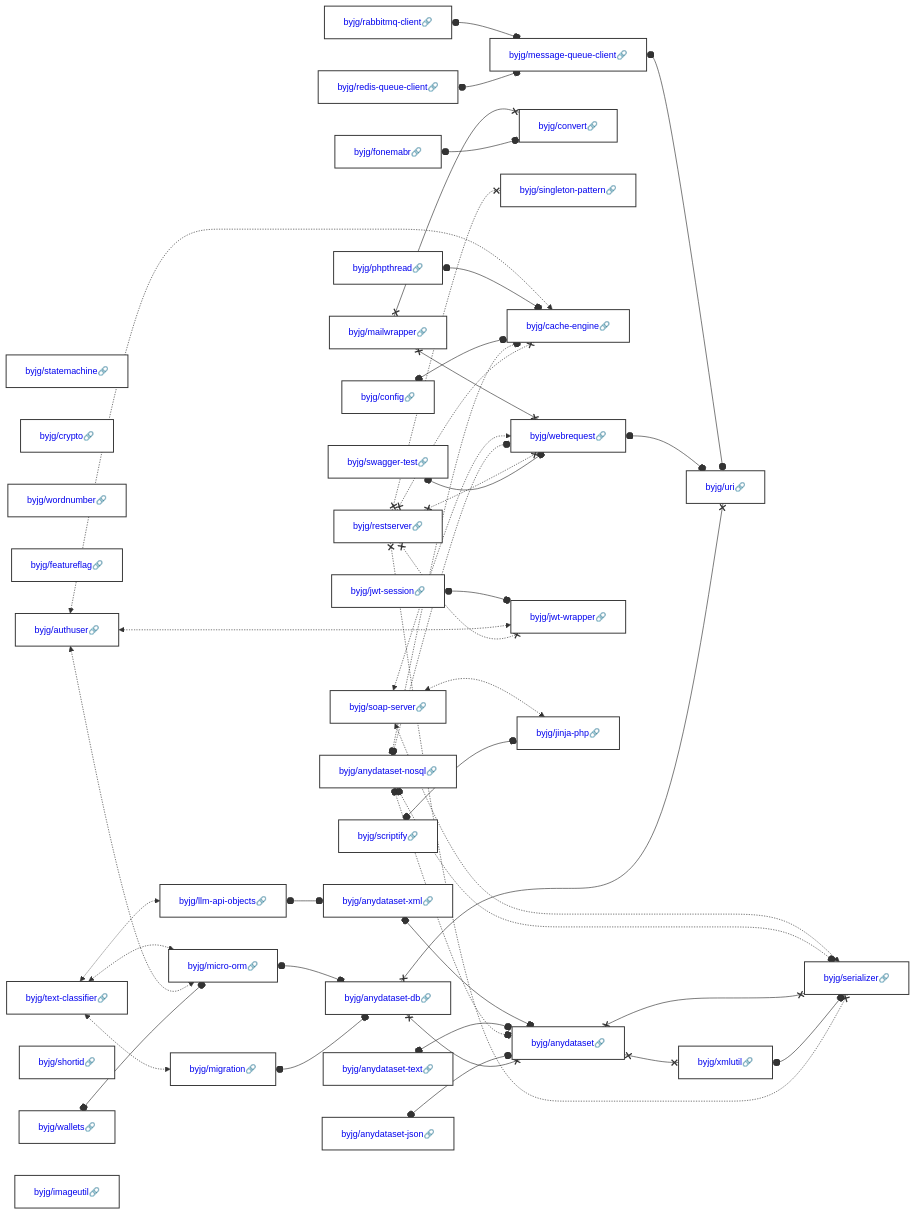
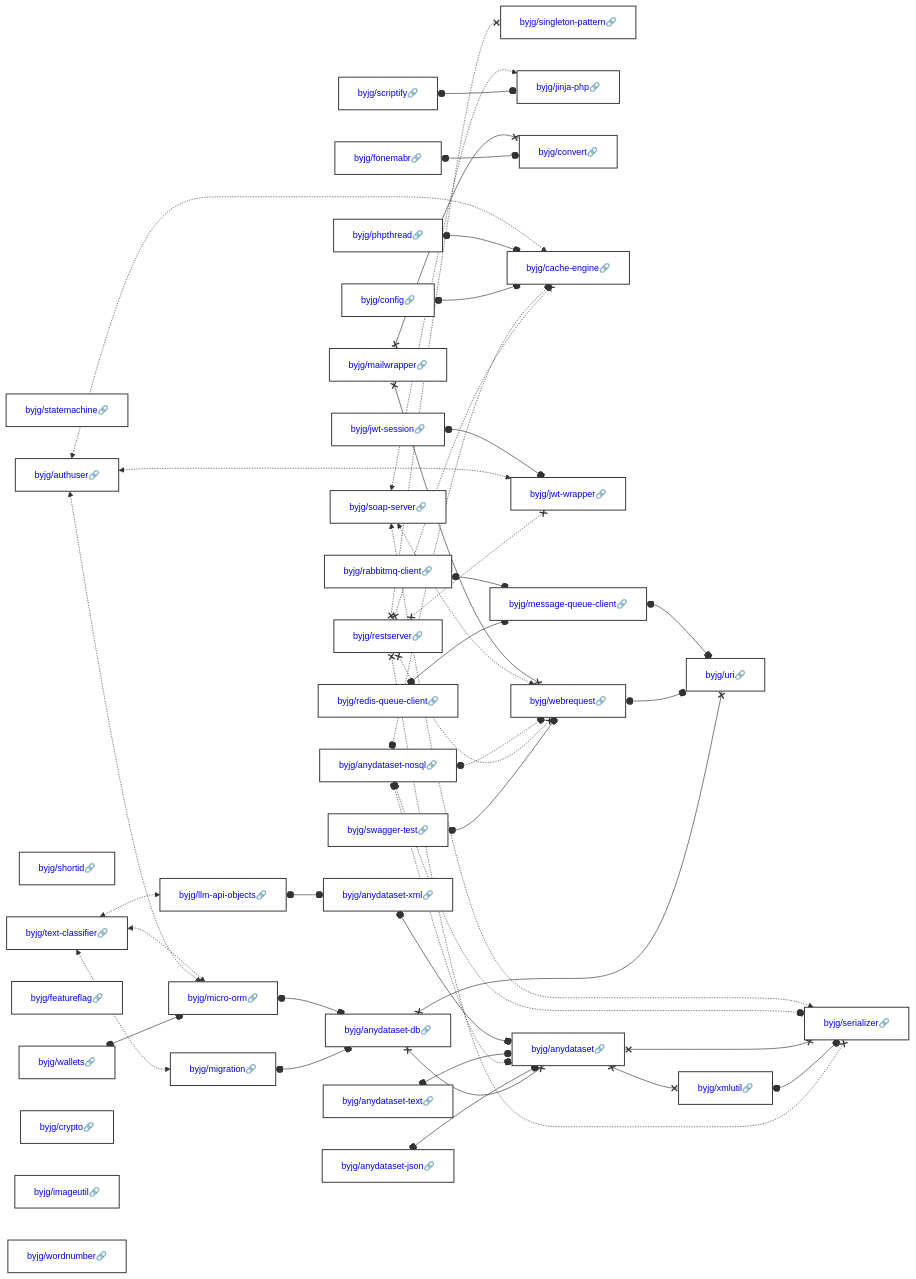
One commit to byjg/byjg.github.io changed the diagram in docs/php/README.md. Above: the diagram before and after it, drawn with Mermaid. The commit also changed other lines of this file, not shown here.

Commit message:
Update documentation 'php' 'php-gluo'

````diff
--- a/docs/php/README.md
+++ b/docs/php/README.md
@@ -3,38 +3,38 @@
 ```mermaid
 graph LR;
+  byjg/statemachine[<a href='https://opensource.byjg.com/docs/php/statemachine' style='text-decoration:none'>byjg/statemachine🔗</a>];
+  byjg/phpthread[<a href='https://opensource.byjg.com/docs/php/phpthread' style='text-decoration:none'>byjg/phpthread🔗</a>];
+  byjg/restserver[<a href='https://opensource.byjg.com/docs/php/restserver' style='text-decoration:none'>byjg/restserver🔗</a>];
+  byjg/soap-server[<a href='https://opensource.byjg.com/docs/php/soap-server' style='text-decoration:none'>byjg/soap-server🔗</a>];
+  byjg/wallets[<a href='https://opensource.byjg.com/docs/php/wallets' style='text-decoration:none'>byjg/wallets🔗</a>];
+  byjg/scriptify[<a href='https://opensource.byjg.com/docs/php/scriptify' style='text-decoration:none'>byjg/scriptify🔗</a>];
+  byjg/anydataset-nosql[<a href='https://opensource.byjg.com/docs/php/anydataset-nosql' style='text-decoration:none'>byjg/anydataset-nosql🔗</a>];
   byjg/jwt-session[<a href='https://opensource.byjg.com/docs/php/jwt-session' style='text-decoration:none'>byjg/jwt-session🔗</a>];
+  byjg/shortid[<a href='https://opensource.byjg.com/docs/php/shortid' style='text-decoration:none'>byjg/shortid🔗</a>];
+  byjg/text-classifier[<a href='https://opensource.byjg.com/docs/php/text-classifier' style='text-decoration:none'>byjg/text-classifier🔗</a>];
+  byjg/featureflag[<a href='https://opensource.byjg.com/docs/php/featureflag' style='text-decoration:none'>byjg/featureflag🔗</a>];
   byjg/anydataset-json[<a href='https://opensource.byjg.com/docs/php/anydataset-json' style='text-decoration:none'>byjg/anydataset-json🔗</a>];
+  byjg/fonemabr[<a href='https://opensource.byjg.com/docs/php/fonemabr' style='text-decoration:none'>byjg/fonemabr🔗</a>];
+  byjg/mailwrapper[<a href='https://opensource.byjg.com/docs/php/mailwrapper' style='text-decoration:none'>byjg/mailwrapper🔗</a>];
+  byjg/config[<a href='https://opensource.byjg.com/docs/php/config' style='text-decoration:none'>byjg/config🔗</a>];
+  byjg/anydataset-text[<a href='https://opensource.byjg.com/docs/php/anydataset-text' style='text-decoration:none'>byjg/anydataset-text🔗</a>];
+  byjg/authuser[<a href='https://opensource.byjg.com/docs/php/authuser' style='text-decoration:none'>byjg/authuser🔗</a>];
+  byjg/crypto[<a href='https://opensource.byjg.com/docs/php/crypto' style='text-decoration:none'>byjg/crypto🔗</a>];
+  byjg/swagger-test[<a href='https://opensource.byjg.com/docs/php/swagger-test' style='text-decoration:none'>byjg/swagger-test🔗</a>];
+  byjg/imageutil[<a href='https://opensource.byjg.com/docs/php/imageutil' style='text-decoration:none'>byjg/imageutil🔗</a>];
+  byjg/wordnumber[<a href='https://opensource.byjg.com/docs/php/wordnumber' style='text-decoration:none'>byjg/wordnumber🔗</a>];
+  byjg/redis-queue-client[<a href='https://opensource.byjg.com/docs/php/redis-queue-client' style='text-decoration:none'>byjg/redis-queue-client🔗</a>];
   byjg/rabbitmq-client[<a href='https://opensource.byjg.com/docs/php/rabbitmq-client' style='text-decoration:none'>byjg/rabbitmq-client🔗</a>];
-  byjg/statemachine[<a href='https://opensource.byjg.com/docs/php/statemachine' style='text-decoration:none'>byjg/statemachine🔗</a>];
-  byjg/redis-queue-client[<a href='https://opensource.byjg.com/docs/php/redis-queue-client' style='text-decoration:none'>byjg/redis-queue-client🔗</a>];
-  byjg/mailwrapper[<a href='https://opensource.byjg.com/docs/php/mailwrapper' style='text-decoration:none'>byjg/mailwrapper🔗</a>];
-  byjg/crypto[<a href='https://opensource.byjg.com/docs/php/crypto' style='text-decoration:none'>byjg/crypto🔗</a>];
-  byjg/soap-server[<a href='https://opensource.byjg.com/docs/php/soap-server' style='text-decoration:none'>byjg/soap-server🔗</a>];
-  byjg/config[<a href='https://opensource.byjg.com/docs/php/config' style='text-decoration:none'>byjg/config🔗</a>];
-  byjg/wordnumber[<a href='https://opensource.byjg.com/docs/php/wordnumber' style='text-decoration:none'>byjg/wordnumber🔗</a>];
-  byjg/featureflag[<a href='https://opensource.byjg.com/docs/php/featureflag' style='text-decoration:none'>byjg/featureflag🔗</a>];
-  byjg/anydataset-text[<a href='https://opensource.byjg.com/docs/php/anydataset-text' style='text-decoration:none'>byjg/anydataset-text🔗</a>];
-  byjg/text-classifier[<a href='https://opensource.byjg.com/docs/php/text-classifier' style='text-decoration:none'>byjg/text-classifier🔗</a>];
-  byjg/wallets[<a href='https://opensource.byjg.com/docs/php/wallets' style='text-decoration:none'>byjg/wallets🔗</a>];
-  byjg/swagger-test[<a href='https://opensource.byjg.com/docs/php/swagger-test' style='text-decoration:none'>byjg/swagger-test🔗</a>];
-  byjg/phpthread[<a href='https://opensource.byjg.com/docs/php/phpthread' style='text-decoration:none'>byjg/phpthread🔗</a>];
-  byjg/anydataset-nosql[<a href='https://opensource.byjg.com/docs/php/anydataset-nosql' style='text-decoration:none'>byjg/anydataset-nosql🔗</a>];
-  byjg/fonemabr[<a href='https://opensource.byjg.com/docs/php/fonemabr' style='text-decoration:none'>byjg/fonemabr🔗</a>];
-  byjg/shortid[<a href='https://opensource.byjg.com/docs/php/shortid' style='text-decoration:none'>byjg/shortid🔗</a>];
-  byjg/authuser[<a href='https://opensource.byjg.com/docs/php/authuser' style='text-decoration:none'>byjg/authuser🔗</a>];
-  byjg/imageutil[<a href='https://opensource.byjg.com/docs/php/imageutil' style='text-decoration:none'>byjg/imageutil🔗</a>];
-  byjg/restserver[<a href='https://opensource.byjg.com/docs/php/restserver' style='text-decoration:none'>byjg/restserver🔗</a>];
-  byjg/scriptify[<a href='https://opensource.byjg.com/docs/php/scriptify' style='text-decoration:none'>byjg/scriptify🔗</a>];
-  byjg/message-queue-client[<a href='https://opensource.byjg.com/docs/php/message-queue-client' style='text-decoration:none'>byjg/message-queue-client🔗</a>];
+  byjg/singleton-pattern[<a href='https://opensource.byjg.com/docs/php/singleton-pattern' style='text-decoration:none'>byjg/singleton-pattern🔗</a>];
+  byjg/jinja-php[<a href='https://opensource.byjg.com/docs/php/jinja-php' style='text-decoration:none'>byjg/jinja-php🔗</a>];
   byjg/migration[<a href='https://opensource.byjg.com/docs/php/migration' style='text-decoration:none'>byjg/migration🔗</a>];
   byjg/llm-api-objects[<a href='https://opensource.byjg.com/docs/php/llm-api-objects' style='text-decoration:none'>byjg/llm-api-objects🔗</a>];
   byjg/convert[<a href='https://opensource.byjg.com/docs/php/convert' style='text-decoration:none'>byjg/convert🔗</a>];
   byjg/micro-orm[<a href='https://opensource.byjg.com/docs/php/micro-orm' style='text-decoration:none'>byjg/micro-orm🔗</a>];
-  byjg/singleton-pattern[<a href='https://opensource.byjg.com/docs/php/singleton-pattern' style='text-decoration:none'>byjg/singleton-pattern🔗</a>];
   byjg/cache-engine[<a href='https://opensource.byjg.com/docs/php/cache-engine' style='text-decoration:none'>byjg/cache-engine🔗</a>];
+  byjg/jwt-wrapper[<a href='https://opensource.byjg.com/docs/php/jwt-wrapper' style='text-decoration:none'>byjg/jwt-wrapper🔗</a>];
   byjg/webrequest[<a href='https://opensource.byjg.com/docs/php/webrequest' style='text-decoration:none'>byjg/webrequest🔗</a>];
-  byjg/jwt-wrapper[<a href='https://opensource.byjg.com/docs/php/jwt-wrapper' style='text-decoration:none'>byjg/jwt-wrapper🔗</a>];
-  byjg/jinja-php[<a href='https://opensource.byjg.com/docs/php/jinja-php' style='text-decoration:none'>byjg/jinja-php🔗</a>];
+  byjg/message-queue-client[<a href='https://opensource.byjg.com/docs/php/message-queue-client' style='text-decoration:none'>byjg/message-queue-client🔗</a>];
   byjg/anydataset-xml[<a href='https://opensource.byjg.com/docs/php/anydataset-xml' style='text-decoration:none'>byjg/anydataset-xml🔗</a>];
   byjg/anydataset-db[<a href='https://opensource.byjg.com/docs/php/anydataset-db' style='text-decoration:none'>byjg/anydataset-db🔗</a>];
   byjg/anydataset[<a href='https://opensource.byjg.com/docs/php/anydataset' style='text-decoration:none'>byjg/anydataset🔗</a>];
````
